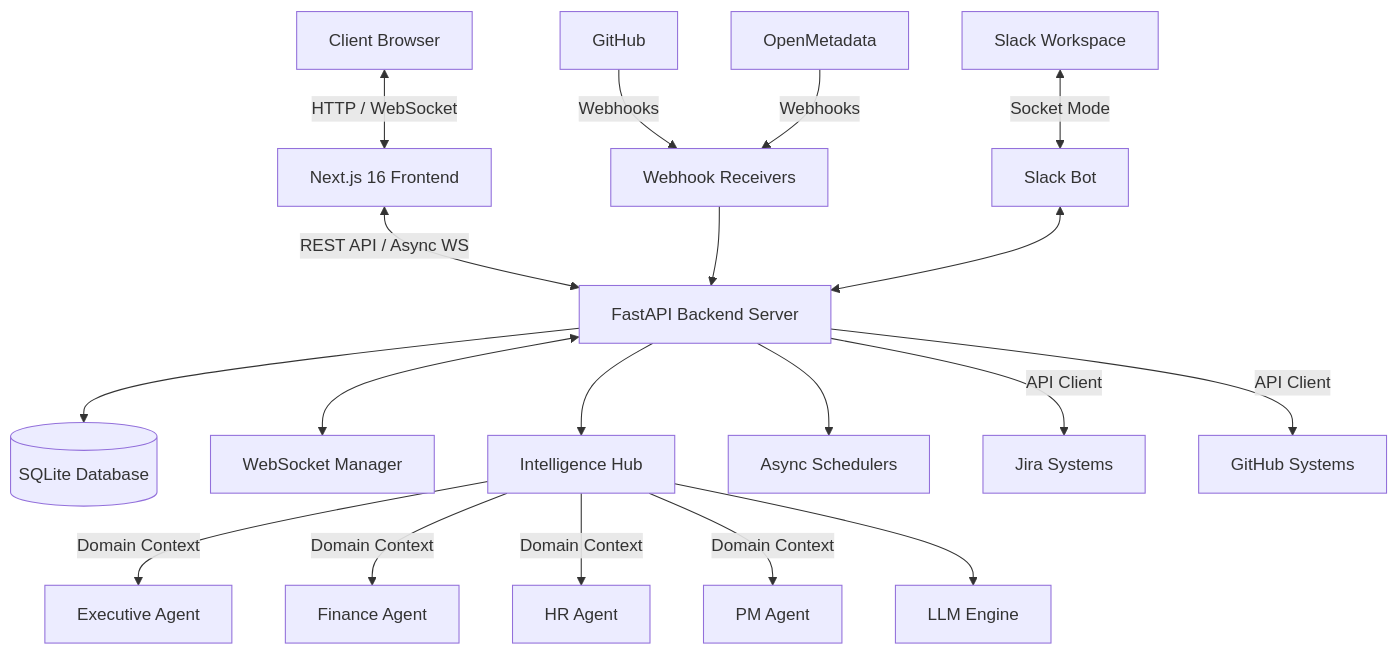
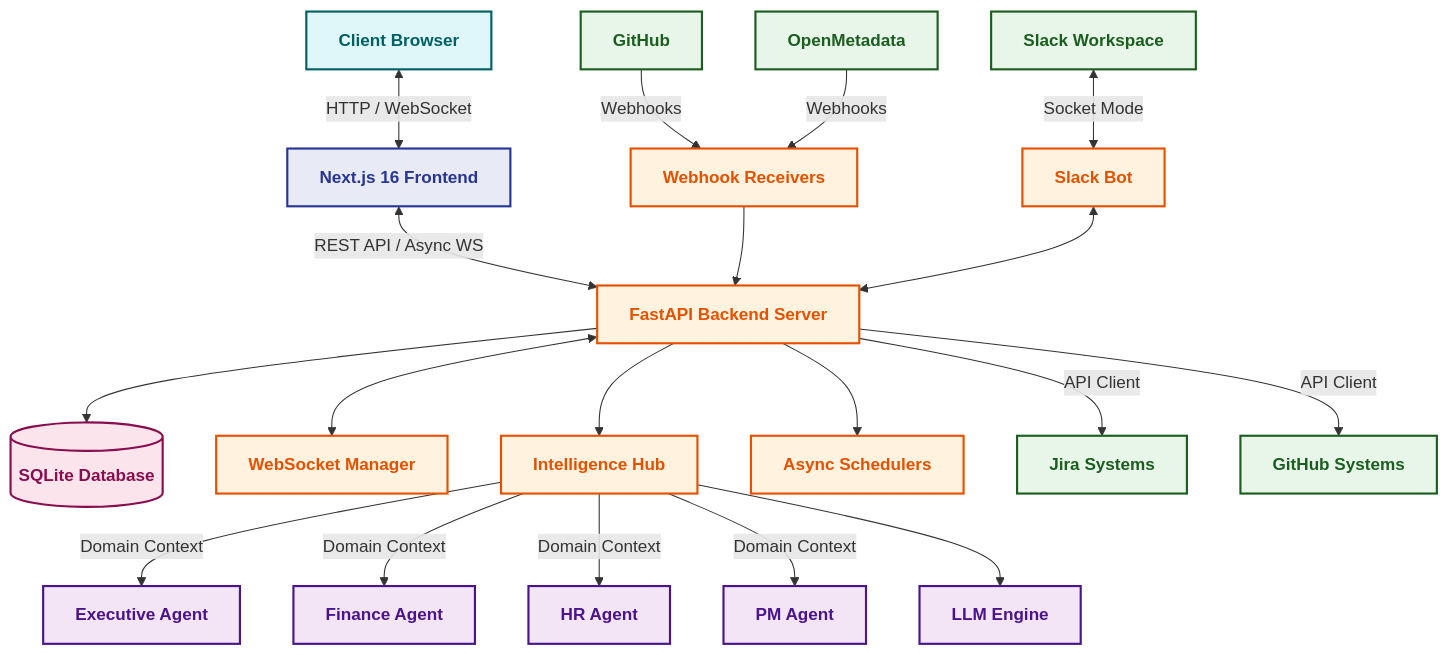
Before and after one commit to aditisingh02/meridian: the diagram in readme.md, drawn with Mermaid. The commit also changed 1 other file, not shown here.

````diff
--- a/readme.md
+++ b/readme.md
@@ -23,57 +23,65 @@
 ```mermaid
 flowchart TD
+    %% Styling Classes
+    classDef client fill:#E0F7FA,stroke:#006064,stroke-width:2px,color:#006064,font-weight:bold
+    classDef frontend fill:#E8EAF6,stroke:#283593,stroke-width:2px,color:#283593,font-weight:bold
+    classDef backend fill:#FFF3E0,stroke:#E65100,stroke-width:2px,color:#E65100,font-weight:bold
+    classDef database fill:#FCE4EC,stroke:#880E4F,stroke-width:2px,color:#880E4F,font-weight:bold
+    classDef agent fill:#F3E5F5,stroke:#4A148C,stroke-width:2px,color:#4A148C,font-weight:bold
+    classDef external fill:#E8F5E9,stroke:#1B5E20,stroke-width:2px,color:#1B5E20,font-weight:bold
+
     %% Top Level Clients & External Systems
-    ClientBrowser[Client Browser]
-    GitHubExternal[GitHub]
-    OpenMetadata[OpenMetadata]
-    SlackWorkspace[Slack Workspace]
+    ClientBrowser[Client Browser]:::client
+    GitHubExternal[GitHub]:::external
+    OpenMetadata[OpenMetadata]:::external
+    SlackWorkspace[Slack Workspace]:::external
 
     %% Second Level Services
-    NextFrontend[Next.js 16 Frontend]
-    WebhookReceivers[Webhook Receivers]
-    SlackBot[Slack Bot]
+    NextFrontend[Next.js 16 Frontend]:::frontend
+    WebhookReceivers[Webhook Receivers]:::backend
+    SlackBot[Slack Bot]:::backend
 
     %% Connections Top to Second
     ClientBrowser <-->|HTTP / WebSocket| NextFrontend
     GitHubExternal -->|Webhooks| WebhookReceivers
     OpenMetadata -->|Webhooks| WebhookReceivers
     SlackWorkspace <-->|Socket Mode| SlackBot
 
     %% Core Backend
-    FastAPI[FastAPI Backend Server]
+    FastAPI[FastAPI Backend Server]:::backend
 
     %% Connections Second to Core
     NextFrontend <-->|REST API / Async WS| FastAPI
     WebhookReceivers --> FastAPI
     SlackBot <--> FastAPI
 
     %% Data & Managers
-    SQLite[(SQLite Database)]
-    WSManager[WebSocket Manager]
-    IntelHub[Intelligence Hub]
-    AsyncSchedulers[Async Schedulers]
-    JiraSystems[Jira Systems]
-    GitHubSystems[GitHub Systems]
+    SQLite[(SQLite Database)]:::database
+    WSManager[WebSocket Manager]:::backend
+    IntelHub[Intelligence Hub]:::backend
+    AsyncSchedulers[Async Schedulers]:::backend
+    JiraSystems[Jira Systems]:::external
+    GitHubSystems[GitHub Systems]:::external
 
     %% Connections Core to Data/Managers
     FastAPI --> SQLite
     FastAPI <--> WSManager
     FastAPI --> IntelHub
     FastAPI --> AsyncSchedulers
     FastAPI -->|API Client| JiraSystems
     FastAPI -->|API Client| GitHubSystems
 
     %% Agents
-    ExecAgent[Executive Agent]
-    FinanceAgent[Finance Agent]
-    HRAgent[HR Agent]
-    PMAgent[PM Agent]
-    LLMEngine[LLM Engine]
+    ExecAgent[Executive Agent]:::agent
+    FinanceAgent[Finance Agent]:::agent
+    HRAgent[HR Agent]:::agent
+    PMAgent[PM Agent]:::agent
+    LLMEngine[LLM Engine]:::agent
 
     %% Connections Hub to Agents
     IntelHub -->|Domain Context| ExecAgent
     IntelHub -->|Domain Context| FinanceAgent
     IntelHub -->|Domain Context| HRAgent
     IntelHub -->|Domain Context| PMAgent
     IntelHub --> LLMEngine
 ```
````
